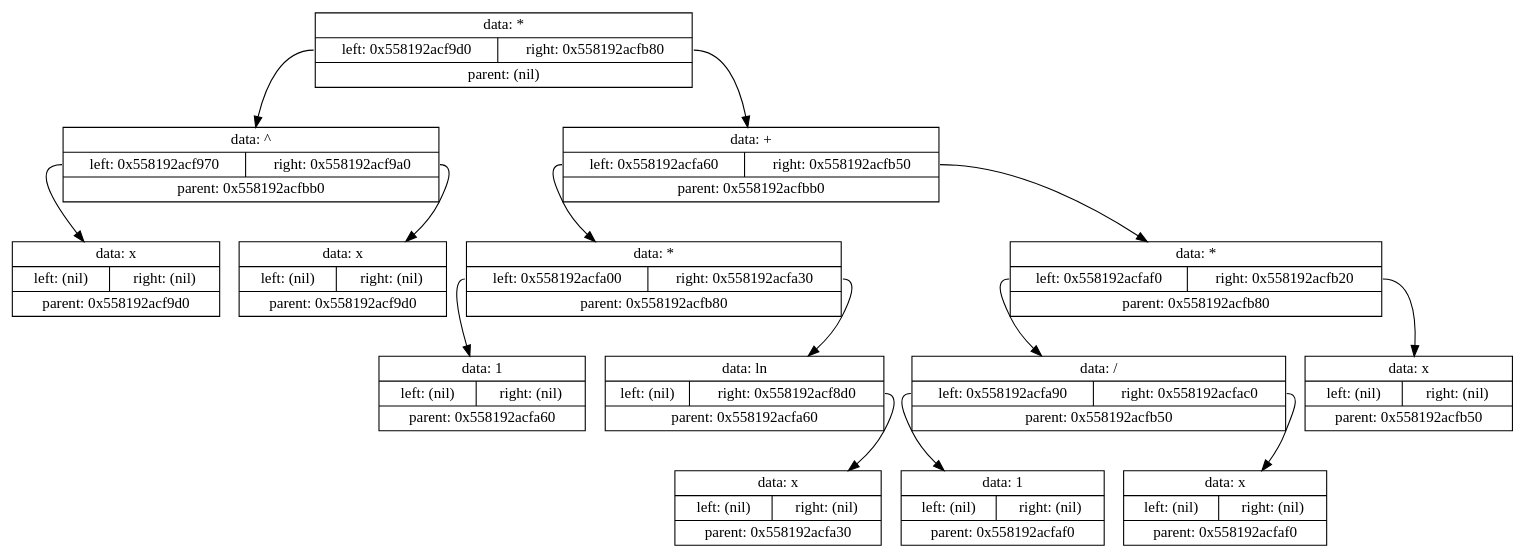
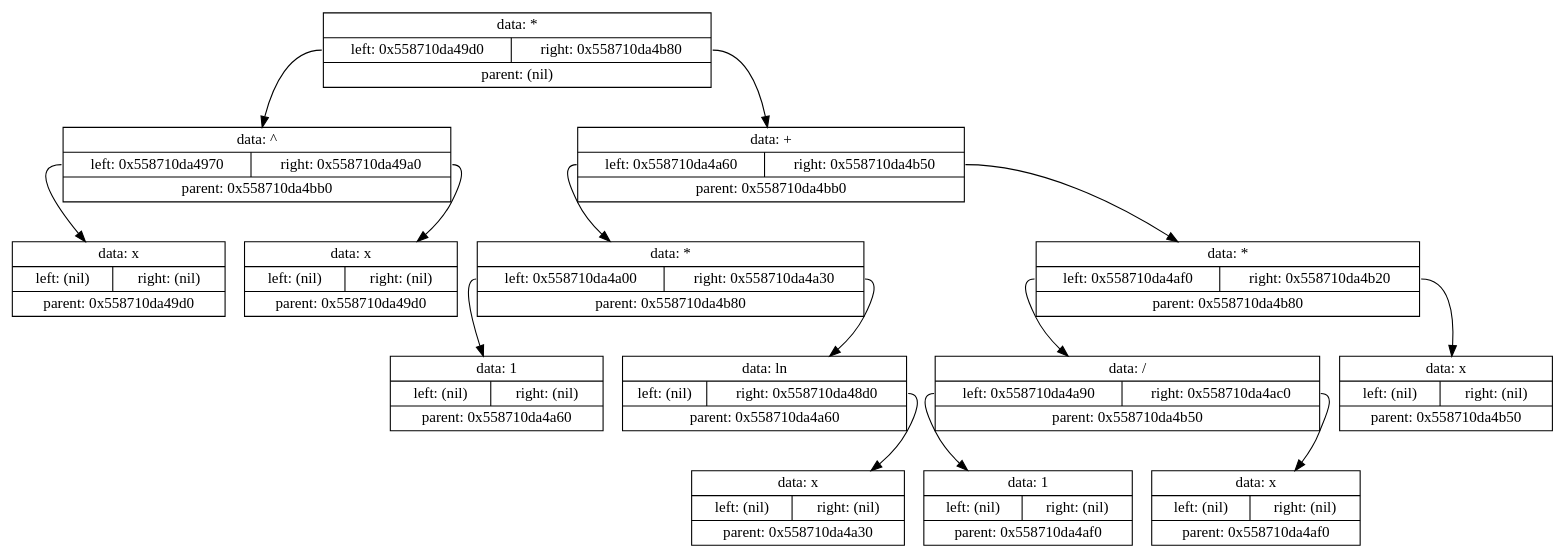
Before and after one commit to Shishqa/MIPT_1sem_C_lang: the diagram in Projects/8.Differenciator/log/tmp/tempautogeneratedlog.gv, drawn with Graphviz. The commit also changed 10 other files, not shown here.

```diff
--- a/Projects/8.Differenciator/log/tmp/tempautogeneratedlog.gv
+++ b/Projects/8.Differenciator/log/tmp/tempautogeneratedlog.gv
@@ -1,31 +1,31 @@
 digraph dump
 {
-	node0x558192acfbb0 [shape = "record", label = "{<f1>data: *|{<f2>left: 0x558192acf9d0|<f3>right: 0x558192acfb80}|<f4>parent: (nil)}"];
-	node0x558192acf9d0 [shape = "record", label = "{<f1>data: ^|{<f2>left: 0x558192acf970|<f3>right: 0x558192acf9a0}|<f4>parent: 0x558192acfbb0}"];
-	node0x558192acf970 [shape = "record", label = "{<f1>data: x|{<f2>left: (nil)|<f3>right: (nil)}|<f4>parent: 0x558192acf9d0}"];
-	node0x558192acf9d0:f2 -> node0x558192acf970
-	node0x558192acf9a0 [shape = "record", label = "{<f1>data: x|{<f2>left: (nil)|<f3>right: (nil)}|<f4>parent: 0x558192acf9d0}"];
-	node0x558192acf9d0:f3 -> node0x558192acf9a0
-	node0x558192acfbb0:f2 -> node0x558192acf9d0
-	node0x558192acfb80 [shape = "record", label = "{<f1>data: +|{<f2>left: 0x558192acfa60|<f3>right: 0x558192acfb50}|<f4>parent: 0x558192acfbb0}"];
-	node0x558192acfa60 [shape = "record", label = "{<f1>data: *|{<f2>left: 0x558192acfa00|<f3>right: 0x558192acfa30}|<f4>parent: 0x558192acfb80}"];
-	node0x558192acfa00 [shape = "record", label = "{<f1>data: 1|{<f2>left: (nil)|<f3>right: (nil)}|<f4>parent: 0x558192acfa60}"];
-	node0x558192acfa60:f2 -> node0x558192acfa00
-	node0x558192acfa30 [shape = "record", label = "{<f1>data: ln|{<f2>left: (nil)|<f3>right: 0x558192acf8d0}|<f4>parent: 0x558192acfa60}"];
-	node0x558192acf8d0 [shape = "record", label = "{<f1>data: x|{<f2>left: (nil)|<f3>right: (nil)}|<f4>parent: 0x558192acfa30}"];
-	node0x558192acfa30:f3 -> node0x558192acf8d0
-	node0x558192acfa60:f3 -> node0x558192acfa30
-	node0x558192acfb80:f2 -> node0x558192acfa60
-	node0x558192acfb50 [shape = "record", label = "{<f1>data: *|{<f2>left: 0x558192acfaf0|<f3>right: 0x558192acfb20}|<f4>parent: 0x558192acfb80}"];
-	node0x558192acfaf0 [shape = "record", label = "{<f1>data: /|{<f2>left: 0x558192acfa90|<f3>right: 0x558192acfac0}|<f4>parent: 0x558192acfb50}"];
-	node0x558192acfa90 [shape = "record", label = "{<f1>data: 1|{<f2>left: (nil)|<f3>right: (nil)}|<f4>parent: 0x558192acfaf0}"];
-	node0x558192acfaf0:f2 -> node0x558192acfa90
-	node0x558192acfac0 [shape = "record", label = "{<f1>data: x|{<f2>left: (nil)|<f3>right: (nil)}|<f4>parent: 0x558192acfaf0}"];
-	node0x558192acfaf0:f3 -> node0x558192acfac0
-	node0x558192acfb50:f2 -> node0x558192acfaf0
-	node0x558192acfb20 [shape = "record", label = "{<f1>data: x|{<f2>left: (nil)|<f3>right: (nil)}|<f4>parent: 0x558192acfb50}"];
-	node0x558192acfb50:f3 -> node0x558192acfb20
-	node0x558192acfb80:f3 -> node0x558192acfb50
-	node0x558192acfbb0:f3 -> node0x558192acfb80
+	node0x558710da4bb0 [shape = "record", label = "{<f1>data: *|{<f2>left: 0x558710da49d0|<f3>right: 0x558710da4b80}|<f4>parent: (nil)}"];
+	node0x558710da49d0 [shape = "record", label = "{<f1>data: ^|{<f2>left: 0x558710da4970|<f3>right: 0x558710da49a0}|<f4>parent: 0x558710da4bb0}"];
+	node0x558710da4970 [shape = "record", label = "{<f1>data: x|{<f2>left: (nil)|<f3>right: (nil)}|<f4>parent: 0x558710da49d0}"];
+	node0x558710da49d0:f2 -> node0x558710da4970
+	node0x558710da49a0 [shape = "record", label = "{<f1>data: x|{<f2>left: (nil)|<f3>right: (nil)}|<f4>parent: 0x558710da49d0}"];
+	node0x558710da49d0:f3 -> node0x558710da49a0
+	node0x558710da4bb0:f2 -> node0x558710da49d0
+	node0x558710da4b80 [shape = "record", label = "{<f1>data: +|{<f2>left: 0x558710da4a60|<f3>right: 0x558710da4b50}|<f4>parent: 0x558710da4bb0}"];
+	node0x558710da4a60 [shape = "record", label = "{<f1>data: *|{<f2>left: 0x558710da4a00|<f3>right: 0x558710da4a30}|<f4>parent: 0x558710da4b80}"];
+	node0x558710da4a00 [shape = "record", label = "{<f1>data: 1|{<f2>left: (nil)|<f3>right: (nil)}|<f4>parent: 0x558710da4a60}"];
+	node0x558710da4a60:f2 -> node0x558710da4a00
+	node0x558710da4a30 [shape = "record", label = "{<f1>data: ln|{<f2>left: (nil)|<f3>right: 0x558710da48d0}|<f4>parent: 0x558710da4a60}"];
+	node0x558710da48d0 [shape = "record", label = "{<f1>data: x|{<f2>left: (nil)|<f3>right: (nil)}|<f4>parent: 0x558710da4a30}"];
+	node0x558710da4a30:f3 -> node0x558710da48d0
+	node0x558710da4a60:f3 -> node0x558710da4a30
+	node0x558710da4b80:f2 -> node0x558710da4a60
+	node0x558710da4b50 [shape = "record", label = "{<f1>data: *|{<f2>left: 0x558710da4af0|<f3>right: 0x558710da4b20}|<f4>parent: 0x558710da4b80}"];
+	node0x558710da4af0 [shape = "record", label = "{<f1>data: /|{<f2>left: 0x558710da4a90|<f3>right: 0x558710da4ac0}|<f4>parent: 0x558710da4b50}"];
+	node0x558710da4a90 [shape = "record", label = "{<f1>data: 1|{<f2>left: (nil)|<f3>right: (nil)}|<f4>parent: 0x558710da4af0}"];
+	node0x558710da4af0:f2 -> node0x558710da4a90
+	node0x558710da4ac0 [shape = "record", label = "{<f1>data: x|{<f2>left: (nil)|<f3>right: (nil)}|<f4>parent: 0x558710da4af0}"];
+	node0x558710da4af0:f3 -> node0x558710da4ac0
+	node0x558710da4b50:f2 -> node0x558710da4af0
+	node0x558710da4b20 [shape = "record", label = "{<f1>data: x|{<f2>left: (nil)|<f3>right: (nil)}|<f4>parent: 0x558710da4b50}"];
+	node0x558710da4b50:f3 -> node0x558710da4b20
+	node0x558710da4b80:f3 -> node0x558710da4b50
+	node0x558710da4bb0:f3 -> node0x558710da4b80
 
 }
```
